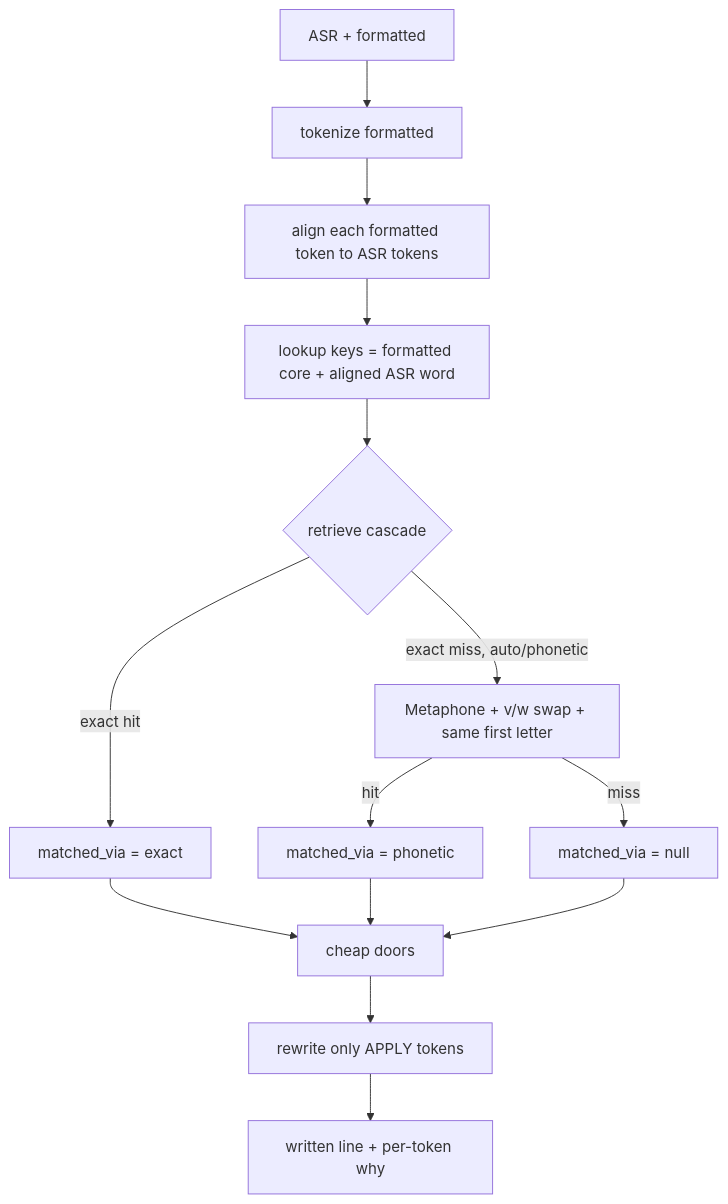
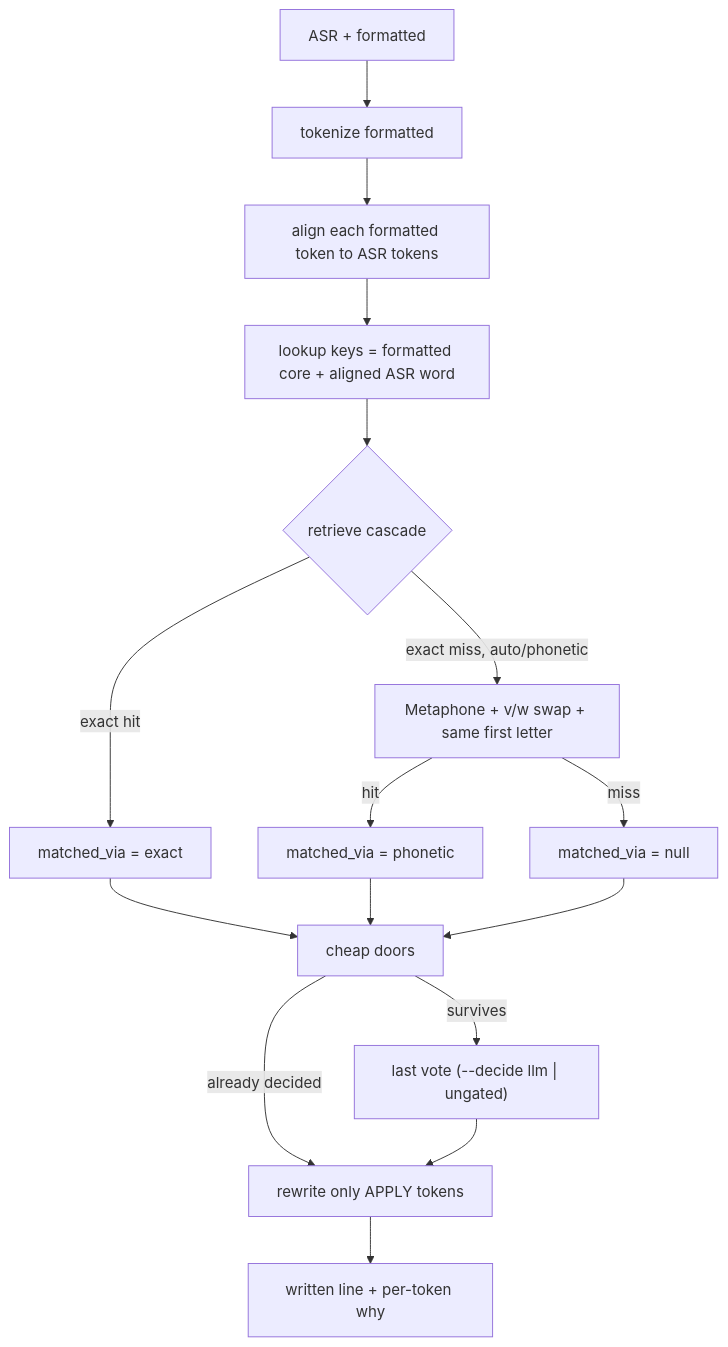
The third of 6 diagrams in README.md (Akshit11318/kivi-memory-backend-akshit), drawn with Mermaid before and after one commit. The commit also changed other lines of this file and 25 other files, not shown here.

First line of the commit message:
Ship the llm/ungated last vote and pin graded metrics.

````diff
--- a/README.md
+++ b/README.md
@@ -124,16 +132,18 @@
 ```mermaid
 flowchart TB
   In[ASR + formatted] --> Tok[tokenize formatted]
   Tok --> Align[align each formatted token to ASR tokens]
   Align --> Surfaces[lookup keys = formatted core + aligned ASR word]
   Surfaces --> Casc{retrieve cascade}
   Casc -->|exact hit| ExactOK[matched_via = exact]
   Casc -->|exact miss, auto/phonetic| Ph[Metaphone + v/w swap + same first letter]
   Ph -->|hit| PhOK[matched_via = phonetic]
   Ph -->|miss| None[matched_via = null]
   ExactOK --> Doors
   PhOK --> Doors
   None --> Doors[cheap doors]
-  Doors --> Rew[rewrite only APPLY tokens]
+  Doors -->|already decided| Rew
+  Doors -->|survives| Vote["last vote (--decide llm | ungated)"]
+  Vote --> Rew[rewrite only APPLY tokens]
   Rew --> Out[written line + per-token why]
 ```
````
